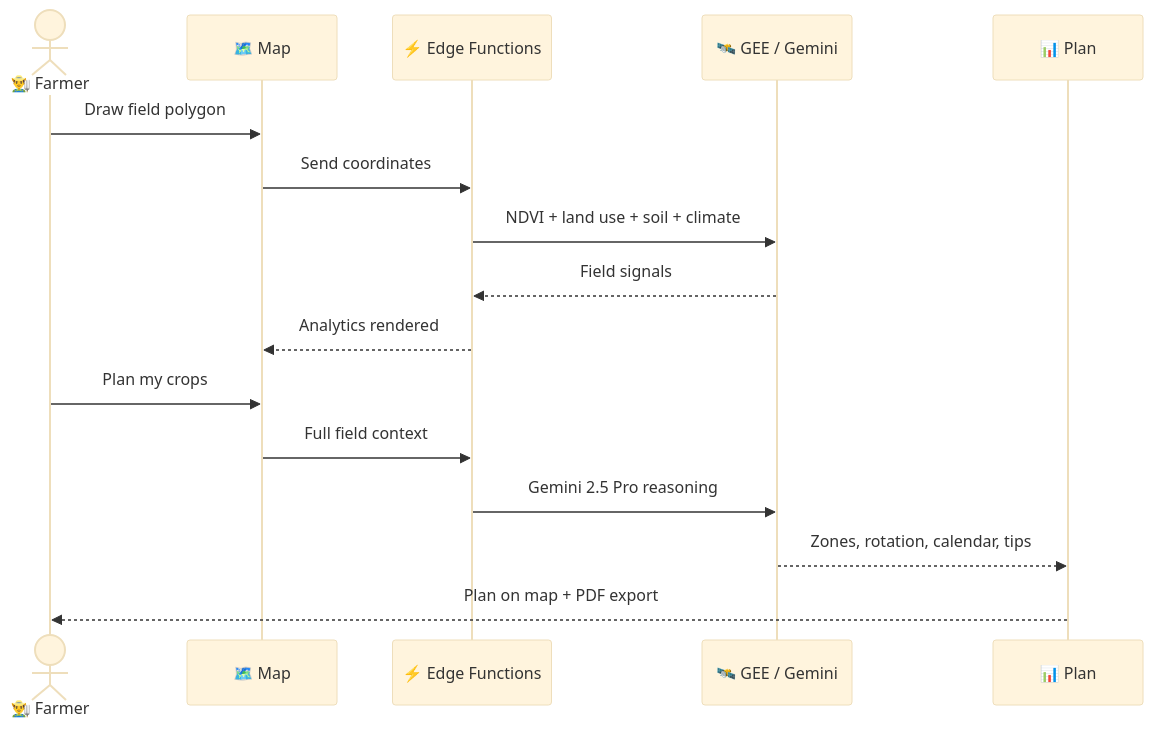
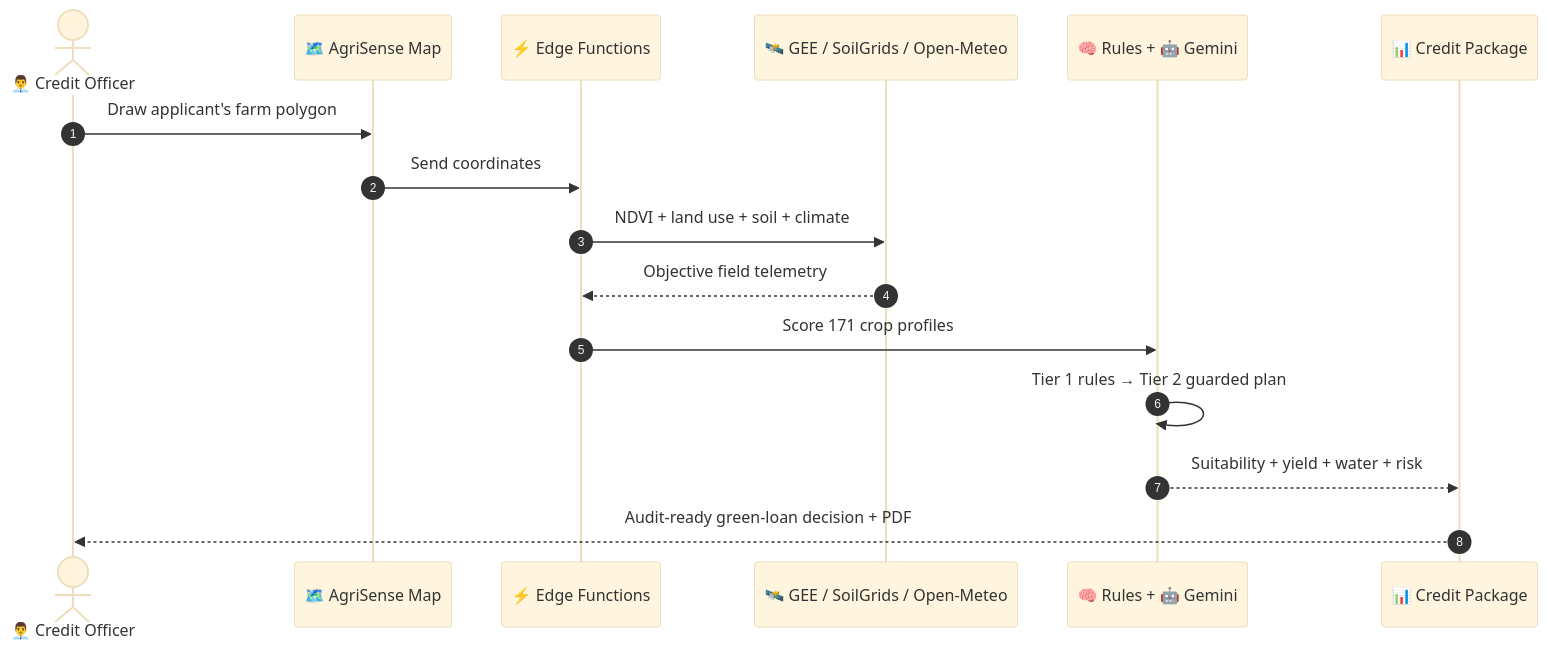
The third of 4 diagrams in README.md (agrisense-dev/AgriSense), drawn with Mermaid (base theme) before and after one commit. The commit also changed other lines of this file, not shown here.

Commit message:
Rewrite README for BattleVerse 2026 Track 2 (AI for Green Finance)

````diff
--- a/README.md
+++ b/README.md
@@ -201,19 +195,19 @@
 ```mermaid
 sequenceDiagram
-    actor F as 👨‍🌾 Farmer
-    participant M as 🗺️ Map
+    autonumber
+    actor O as 👨‍💼 Credit Officer
+    participant M as 🗺️ AgriSense Map
     participant E as ⚡ Edge Functions
-    participant G as 🛰️ GEE / Gemini
-    participant P as 📊 Plan
+    participant G as 🛰️ GEE / SoilGrids / Open-Meteo
+    participant R as 🧠 Rules + 🤖 Gemini
+    participant P as 📊 Credit Package
 
-    F->>M: Draw field polygon
+    O->>M: Draw applicant's farm polygon
     M->>E: Send coordinates
     E->>G: NDVI + land use + soil + climate
-    G-->>E: Field signals
-    E-->>M: Analytics rendered
-    F->>M: Plan my crops
-    M->>E: Full field context
-    E->>G: Gemini 2.5 Pro reasoning
-    G-->>P: Zones, rotation, calendar, tips
-    P-->>F: Plan on map + PDF export
+    G-->>E: Objective field telemetry
+    E->>R: Score 171 crop profiles
+    R->>R: Tier 1 rules → Tier 2 guarded plan
+    R-->>P: Suitability + yield + water + risk
+    P-->>O: Audit-ready green-loan decision + PDF
 ```
````
